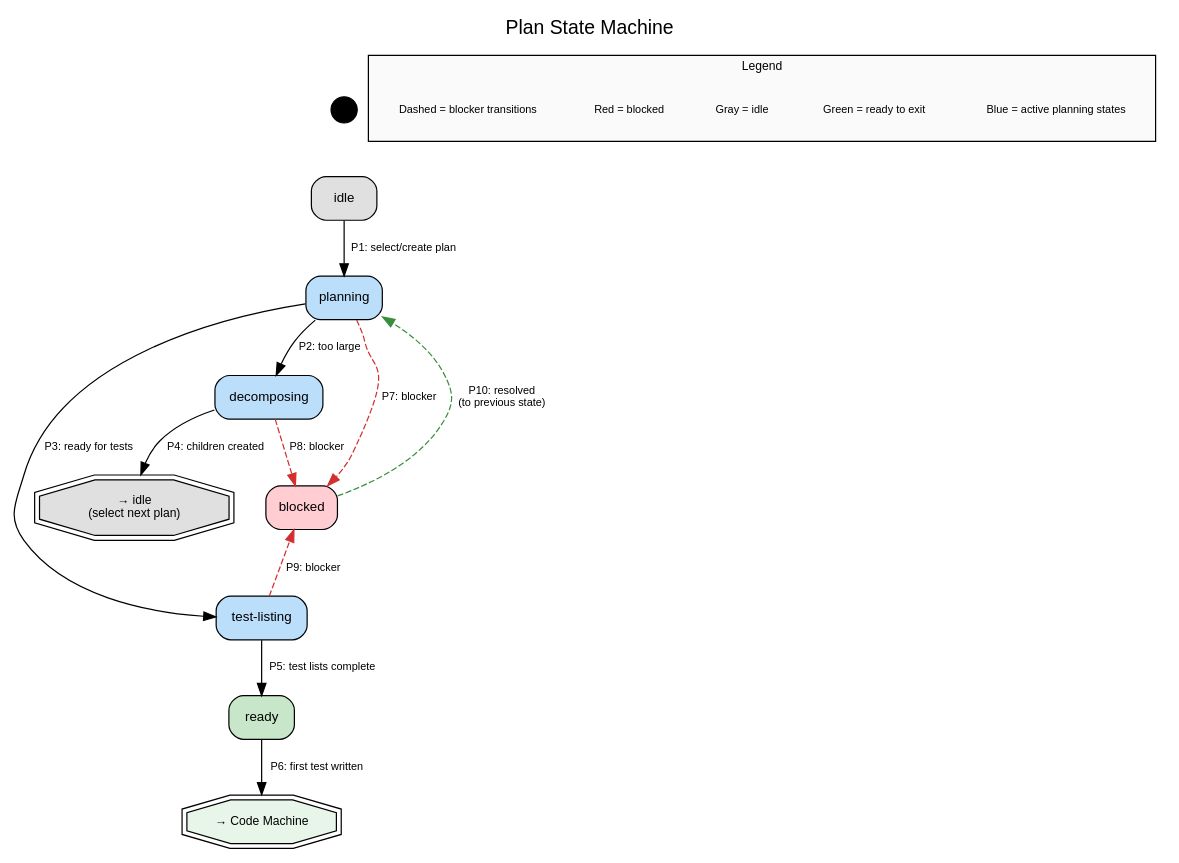
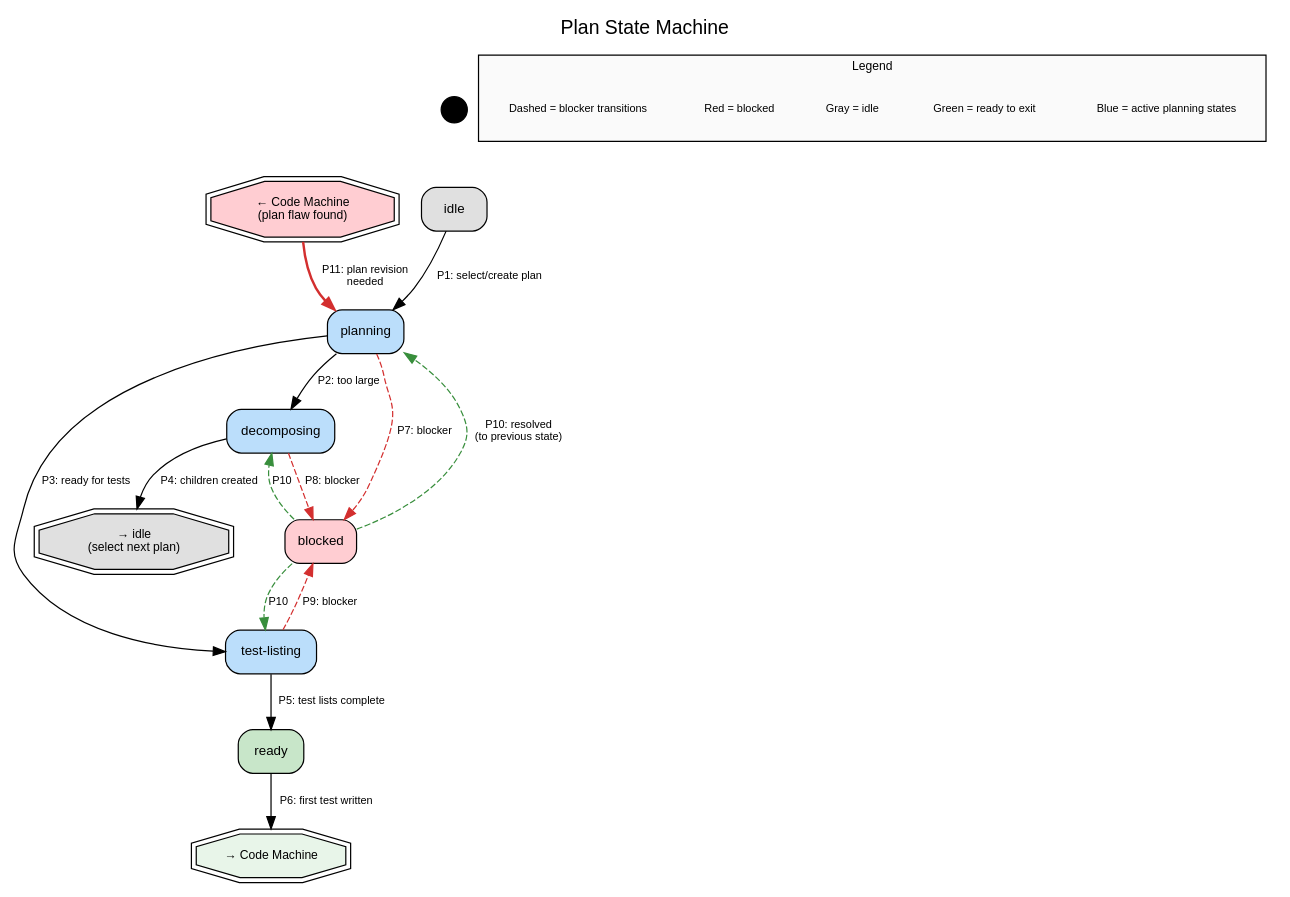
Before and after one commit to curtcox/dev-state-machine: the diagram in todo/plan.dot, drawn with Graphviz. The commit also changed 7 other files, not shown here.

First line of the commit message:
Add Code→Plan backward transition and fix cross-document inconsistencies

```diff
--- a/todo/plan.dot
+++ b/todo/plan.dot
@@ -1,53 +1,57 @@
 digraph PlanStateMachine {
     label="Plan State Machine"
     labelloc="t"
     fontsize=16
     fontname="Helvetica"
     rankdir=TB
     node [fontname="Helvetica", fontsize=11]
     edge [fontname="Helvetica", fontsize=9]
 
     // Entry/exit points
     entry [label="Entry\n(new plan or\nblocker resolved)", shape=point, width=0.3]
+    entry_code [label="← Code Machine\n(plan flaw found)", shape=doubleoctagon, style=filled, fillcolor="#FFCDD2", fontsize=10]
     exit_code [label="→ Code Machine", shape=doubleoctagon, style=filled, fillcolor="#E8F5E9", fontsize=10]
     exit_idle [label="→ idle\n(select next plan)", shape=doubleoctagon, style=filled, fillcolor="#E0E0E0", fontsize=10]
 
     // States
     idle [label="idle", shape=box, style="rounded,filled", fillcolor="#E0E0E0"]
     planning [label="planning", shape=box, style="rounded,filled", fillcolor="#BBDEFB"]
     decomposing [label="decomposing", shape=box, style="rounded,filled", fillcolor="#BBDEFB"]
     test_listing [label="test-listing", shape=box, style="rounded,filled", fillcolor="#BBDEFB"]
     ready [label="ready", shape=box, style="rounded,filled", fillcolor="#C8E6C9"]
     blocked [label="blocked", shape=box, style="rounded,filled", fillcolor="#FFCDD2"]
 
     // Normal transitions
     entry -> idle [style=invis]
     idle -> planning [label="P1: select/create plan"]
     planning -> decomposing [label="P2: too large"]
     planning -> test_listing [label="P3: ready for tests"]
     decomposing -> exit_idle [label="P4: children created"]
     test_listing -> ready [label="P5: test lists complete"]
     ready -> exit_code [label="P6: first test written"]
 
+    // Re-entry from Code machine
+    entry_code -> planning [label="P11: plan revision\nneeded", style=bold, color="#D32F2F"]
+
     // Blocker transitions
     planning -> blocked [label="P7: blocker", style=dashed, color="#D32F2F"]
     decomposing -> blocked [label="P8: blocker", style=dashed, color="#D32F2F"]
     test_listing -> blocked [label="P9: blocker", style=dashed, color="#D32F2F"]
     blocked -> planning [label="P10: resolved\n(to previous state)", style=dashed, color="#388E3C"]
-    blocked -> decomposing [style=invis]  // layout aid
-    blocked -> test_listing [style=invis]  // layout aid
+    blocked -> decomposing [label="P10", style=dashed, color="#388E3C"]
+    blocked -> test_listing [label="P10", style=dashed, color="#388E3C"]
 
     // Legend
     subgraph cluster_legend {
         label="Legend"
         style=filled
         fillcolor="#FAFAFA"
         fontsize=10
         node [shape=plaintext, fontsize=9]
         l1 [label="Blue = active planning states"]
         l2 [label="Green = ready to exit"]
         l3 [label="Gray = idle"]
         l4 [label="Red = blocked"]
         l5 [label="Dashed = blocker transitions"]
     }
 }
```
